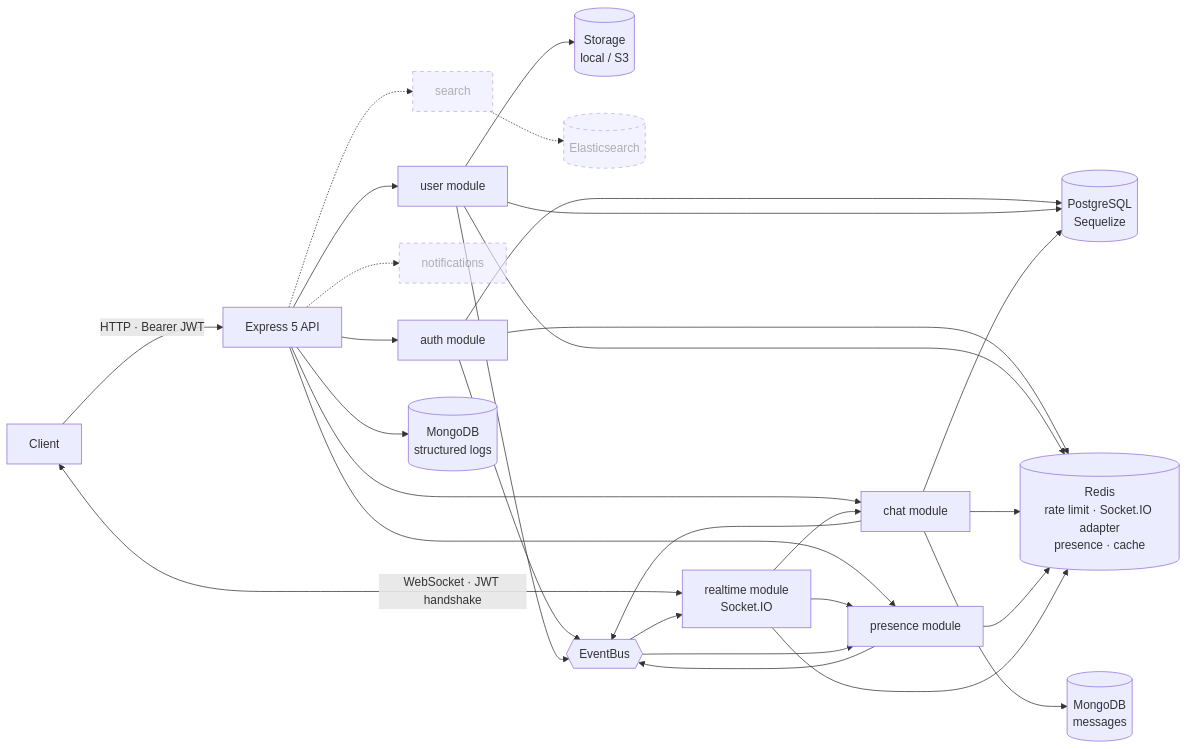
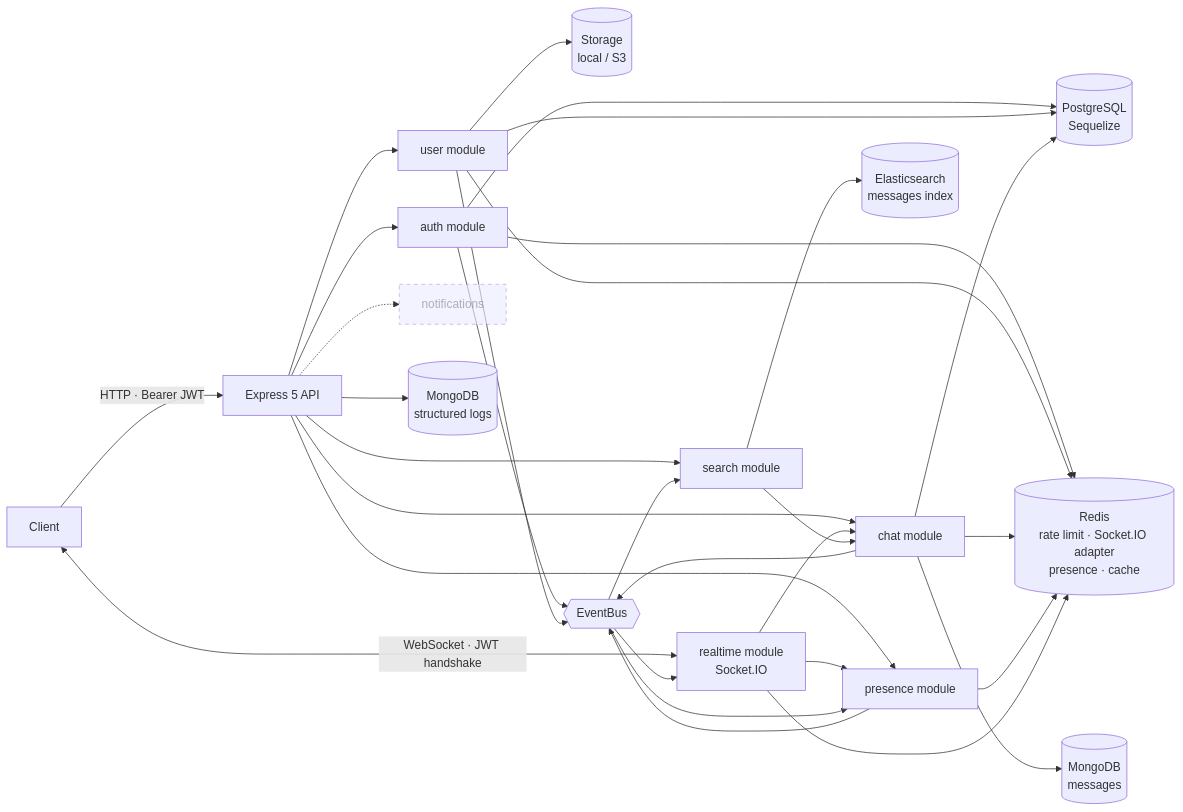
The diagram in README.md (GabeSilvaDev/realtime-messaging-platform), drawn with Mermaid before and after one commit. The commit also changed other lines of this file and 2 other files, not shown here.

````diff
--- a/README.md
+++ b/README.md
@@ -27,25 +27,27 @@
 ```mermaid
 flowchart LR
     C[Client] -->|HTTP · Bearer JWT| API[Express 5 API]
     C <-->|WebSocket · JWT handshake| RT[realtime module<br/>Socket.IO]
     API --> AUTH[auth module]
     API --> USER[user module]
     API --> CHAT[chat module]
     API --> PRES[presence module]
     RT --> CHAT
     RT --> PRES
     API -.-> NOTIF[notifications]
-    API -.-> SEARCH[search]
+    API --> SEARCH[search module]
     AUTH & USER & CHAT --> PG[(PostgreSQL<br/>Sequelize)]
     AUTH & USER & CHAT & PRES & RT --> RD[(Redis<br/>rate limit · Socket.IO adapter<br/>presence · cache)]
     USER --> ST[(Storage<br/>local / S3)]
     API --> LOG[(MongoDB<br/>structured logs)]
     CHAT --> MG[(MongoDB<br/>messages)]
-    SEARCH -.-> ES[(Elasticsearch)]
+    SEARCH --> ES[(Elasticsearch<br/>messages index)]
+    SEARCH --> CHAT
     AUTH & USER & CHAT & PRES --> EB{{EventBus}}
     EB --> RT
     EB --> PRES
+    EB --> SEARCH
 
     classDef planned stroke-dasharray: 5 5,opacity:0.6
-    class NOTIF,SEARCH,ES planned
+    class NOTIF planned
 ```
````
